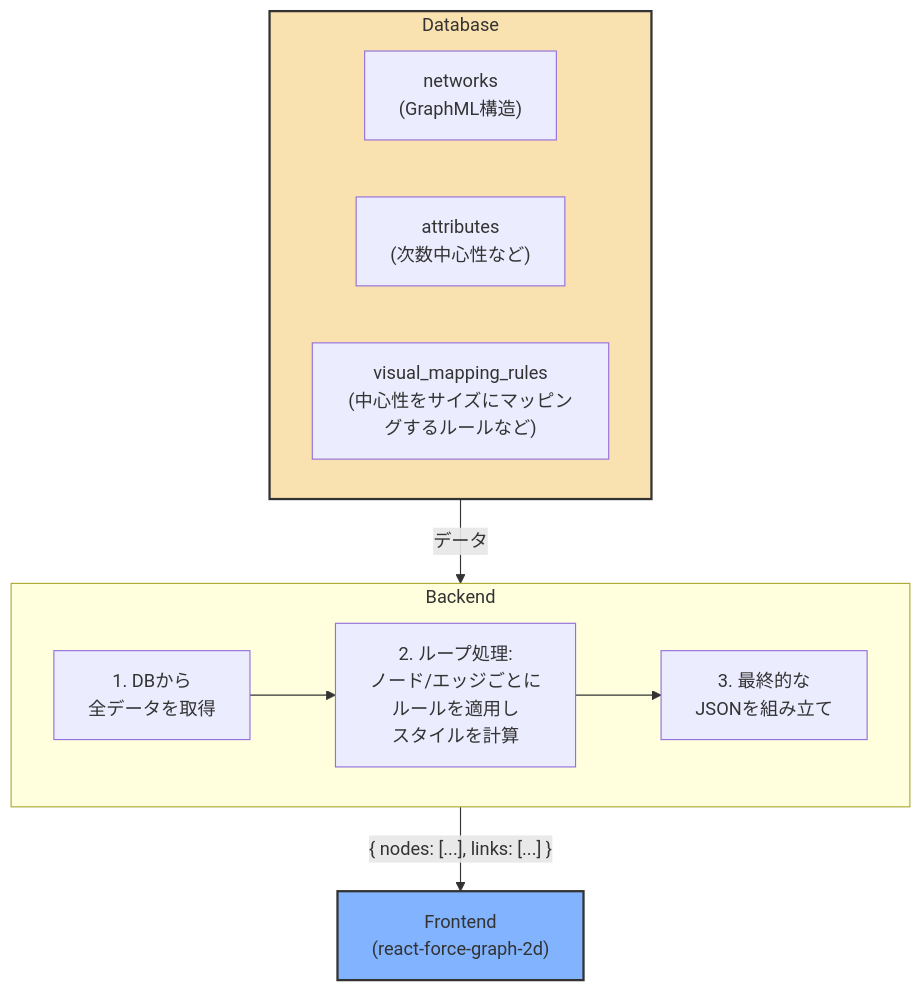
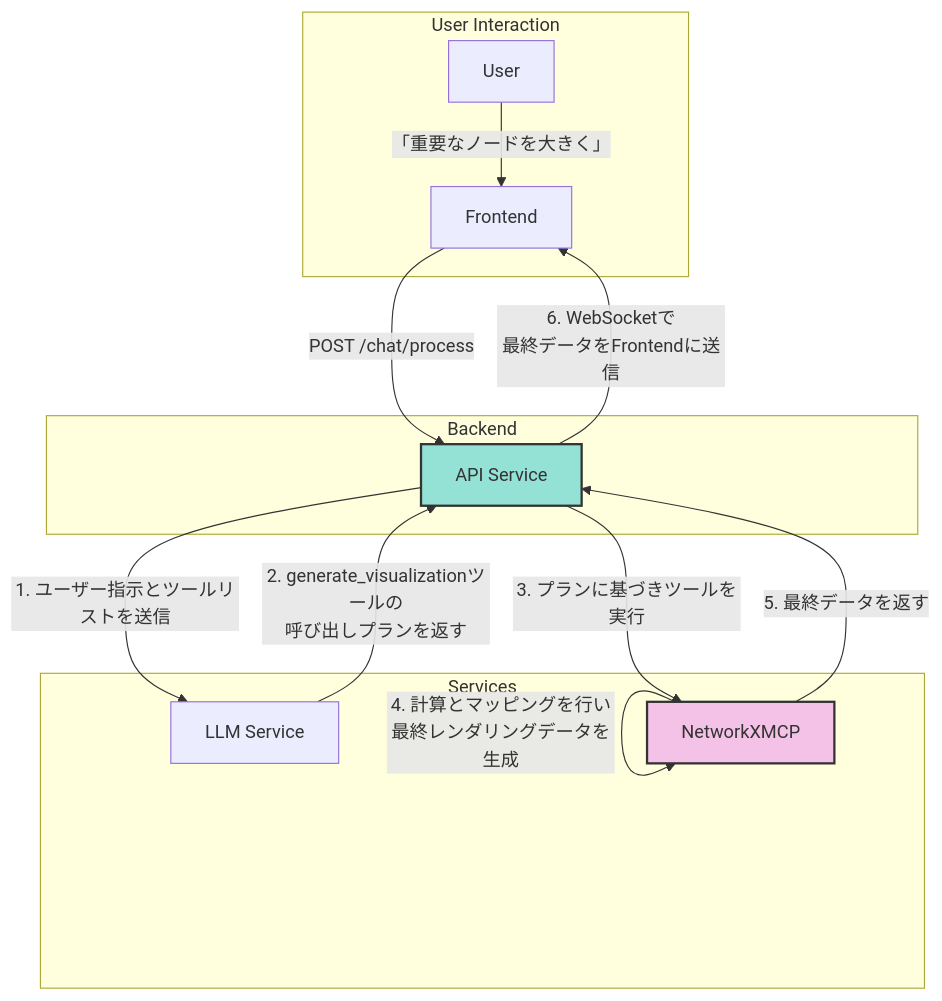
One commit to vdslab/LLMGraphvis changed the second of 2 diagrams in specification/2_Technical_Details/1_Backend.md. Above: the diagram before and after it, drawn with Mermaid. The commit also changed other lines of this file and 4 other files, not shown here.

````diff
--- a/specification/2_Technical_Details/1_Backend.md
+++ b/specification/2_Technical_Details/1_Backend.md
@@ -120,26 +120,26 @@
 ```mermaid
 graph TD
-    subgraph DB [Database]
-        direction LR
-        D1["networks<br/>(GraphML構造)"]
-        D2["attributes<br/>(次数中心性など)"]
-        D3["visual_mapping_rules<br/>(中心性をサイズにマッピングするルールなど)"]
+    subgraph User Interaction
+        U[User] -- "「重要なノードを大きく」" --> F[Frontend]
     end
 
     subgraph Backend
-        direction LR
-        P1["1. DBから<br/>全データを取得"]
-        P2["2. ループ処理:<br/>ノード/エッジごとに<br/>ルールを適用し<br/>スタイルを計算"]
-        P3["3. 最終的な<br/>JSONを組み立て"]
+        B_API[API Service]
     end
 
-    F["Frontend<br/>(react-force-graph-2d)"]
+    subgraph Services
+        LLM[LLM Service]
+        NXMCP[NetworkXMCP]
+    end
 
-    DB -- "データ" --> P1
-    P1 --> P2
-    P2 --> P3
-    P3 -- "`{ nodes: [...], links: [...] }`" --> F
+    F -- "POST /chat/process" --> B_API
+    B_API -- "1. ユーザー指示とツールリストを送信" --> LLM
+    LLM -- "2. generate_visualizationツールの<br/>呼び出しプランを返す" --> B_API
+    B_API -- "3. プランに基づきツールを実行" --> NXMCP
+    NXMCP -- "4. 計算とマッピングを行い<br/>最終レンダリングデータを生成" --> NXMCP
+    NXMCP -- "5. 最終データを返す" --> B_API
+    B_API -- "6. WebSocketで<br/>最終データをFrontendに送信" --> F
 
-    style DB fill:#f9e2af,stroke:#333,stroke-width:2px
-    style F fill:#82b3ff,stroke:#333,stroke-width:2px
+    style B_API fill:#94e2d5,stroke:#333,stroke-width:2px
+    style NXMCP fill:#f5c2e7,stroke:#333,stroke-width:2px
 ```
````
